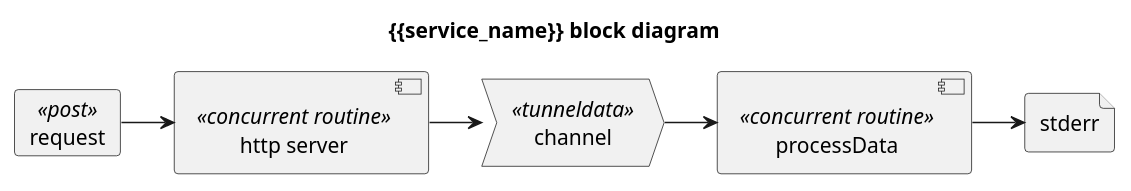
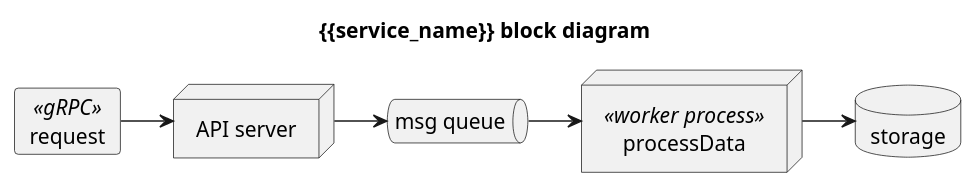
The diagram in _design/block-diagram.puml (twistingmercury/go-basic-tmpl), drawn with PlantUML before and after one commit. The commit also changed 12 other files, not shown here.

```diff
--- a/_design/block-diagram.puml
+++ b/_design/block-diagram.puml
@@ -2,16 +2,16 @@
 @startuml {{service_name}} block diagram
 title "{{service_name}} block diagram"
 skinparam linetype ortho
 
-card request <<post>> as request
-component "http server" <<concurrent routine>> as httpsvr
-process channel  <<tunneldata>> as channel
-component "processData"  <<concurrent routine>> as processData
-file "stderr" as terminal
+card request <<gRPC>> as request
+node "API server"  as server
+queue "msg queue" as queue
+node "processData" <<worker process>> as worker
+database "storage" as database
 
-request -> httpsvr
-httpsvr -> channel
-channel -> processData
-processData -> terminal
+request -> server
+server -> queue
+queue -> worker
+worker -> database
 
 @enduml
```
